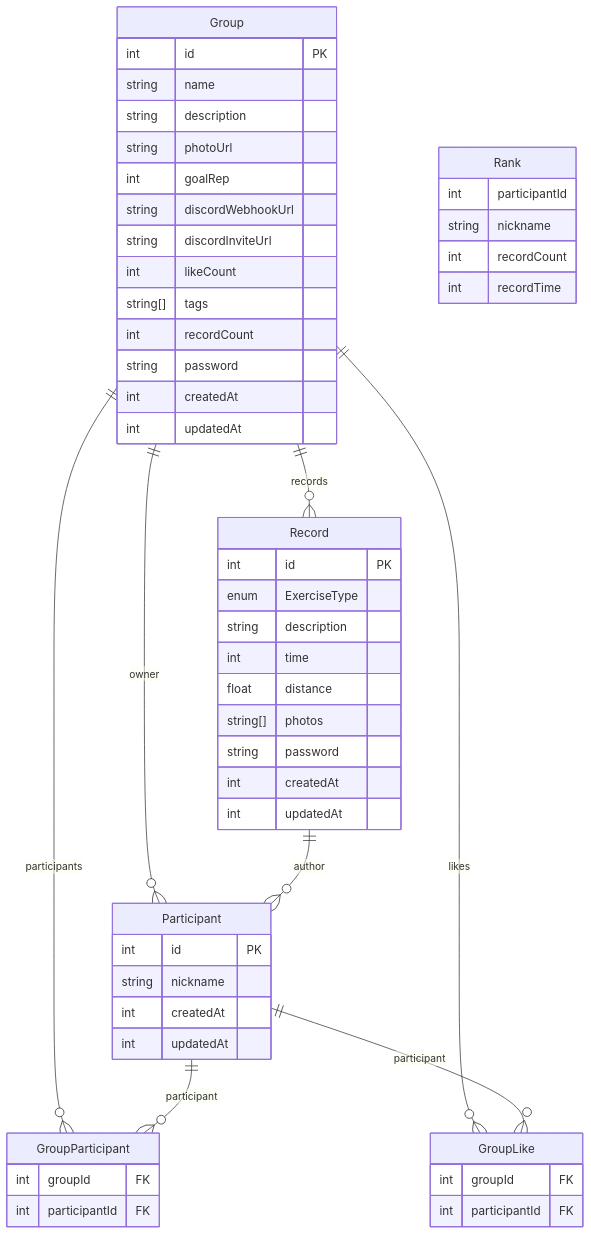
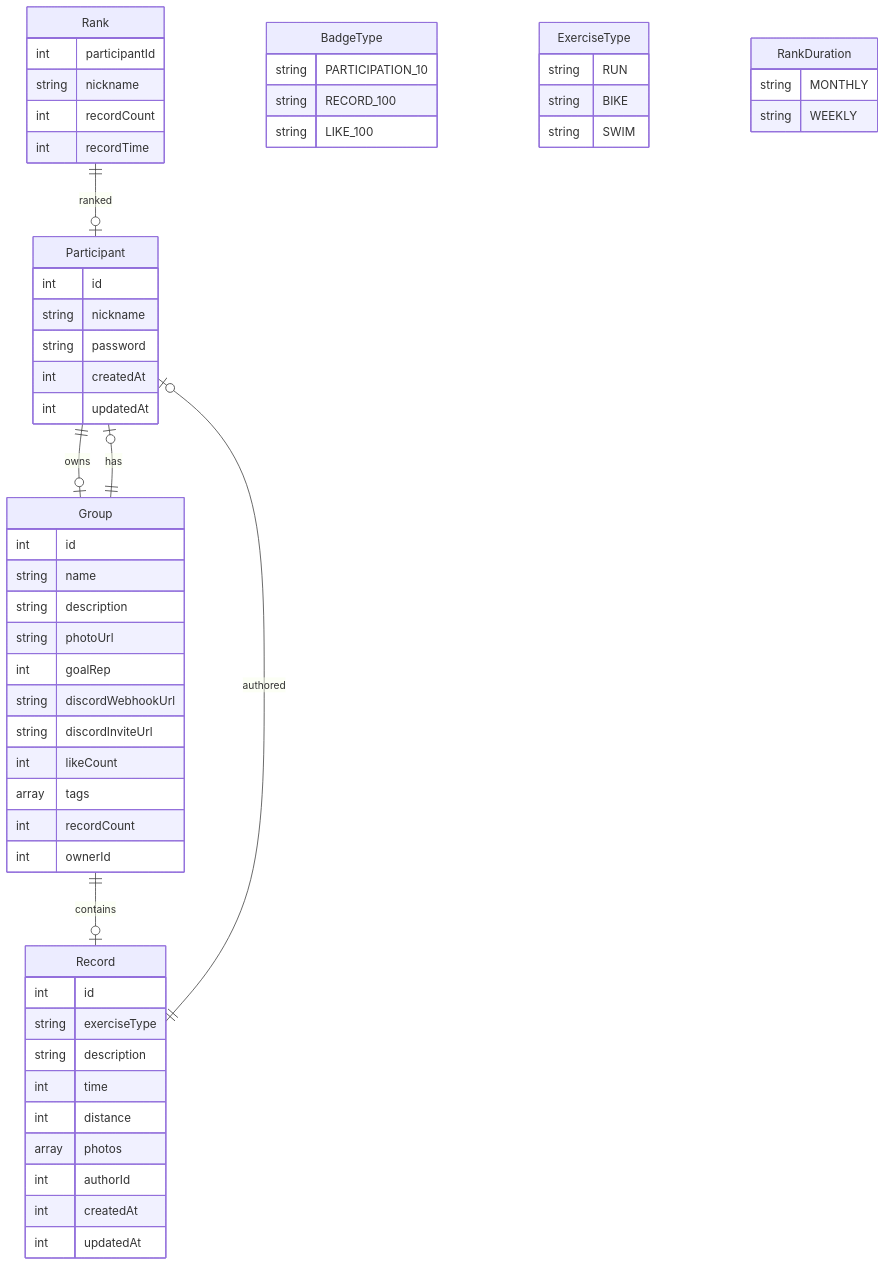
One commit to funfungun/mermaid changed the diagram in README.md. Above: the diagram before and after it, drawn with Mermaid.

````diff
--- a/README.md
+++ b/README.md
@@ -1,59 +1,66 @@
 ```mermaid
 erDiagram
     Participant {
-        int id PK
+        int id
         string nickname
+        string password
         int createdAt
         int updatedAt
     }
+
     Group {
-        int id PK
+        int id
         string name
         string description
         string photoUrl
         int goalRep
         string discordWebhookUrl
         string discordInviteUrl
         int likeCount
-        string[] tags
+        array tags
         int recordCount
-        string password
+        int ownerId
+    }
+
+    Record {
+        int id
+        string exerciseType
+        string description
+        int time
+        int distance
+        array photos
+        int authorId
         int createdAt
         int updatedAt
     }
-    Record {
-        int id PK
-        enum ExerciseType
-        string description
-        int time
-        float distance
-        string[] photos
-        string password
-        int createdAt
-        int updatedAt
-    }
+
     Rank {
         int participantId
         string nickname
         int recordCount
         int recordTime
     }
 
-    GroupParticipant {
-        int groupId FK
-        int participantId FK
+    Participant ||--o| Group : owns
+    Group ||--o| Participant : has
+    Group ||--o| Record : contains
+    Record ||--o| Participant : authored
+    Rank ||--o| Participant : ranked
+
+    BadgeType {
+        string PARTICIPATION_10
+        string RECORD_100
+        string LIKE_100
     }
 
-    GroupLike {
-        int groupId FK
-        int participantId FK
+    ExerciseType {
+        string RUN
+        string BIKE
+        string SWIM
     }
 
-    Group ||--o{ Participant : owner
-    Group ||--o{ GroupParticipant : participants
-    Participant ||--o{ GroupParticipant : participant
-    Group ||--o{ Record : records
-    Record ||--o{ Participant : author
-    Group ||--o{ GroupLike : likes
-    Participant ||--o{ GroupLike : participant
+    RankDuration {
+        string MONTHLY
+        string WEEKLY
+    }
 ```
````
